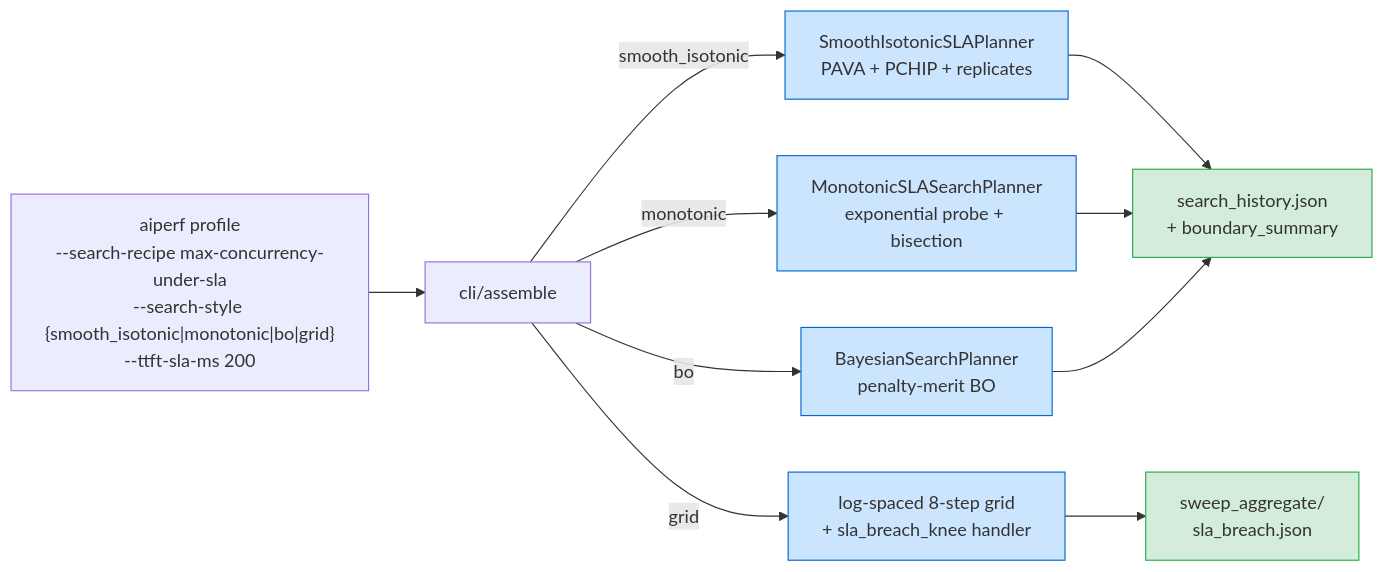
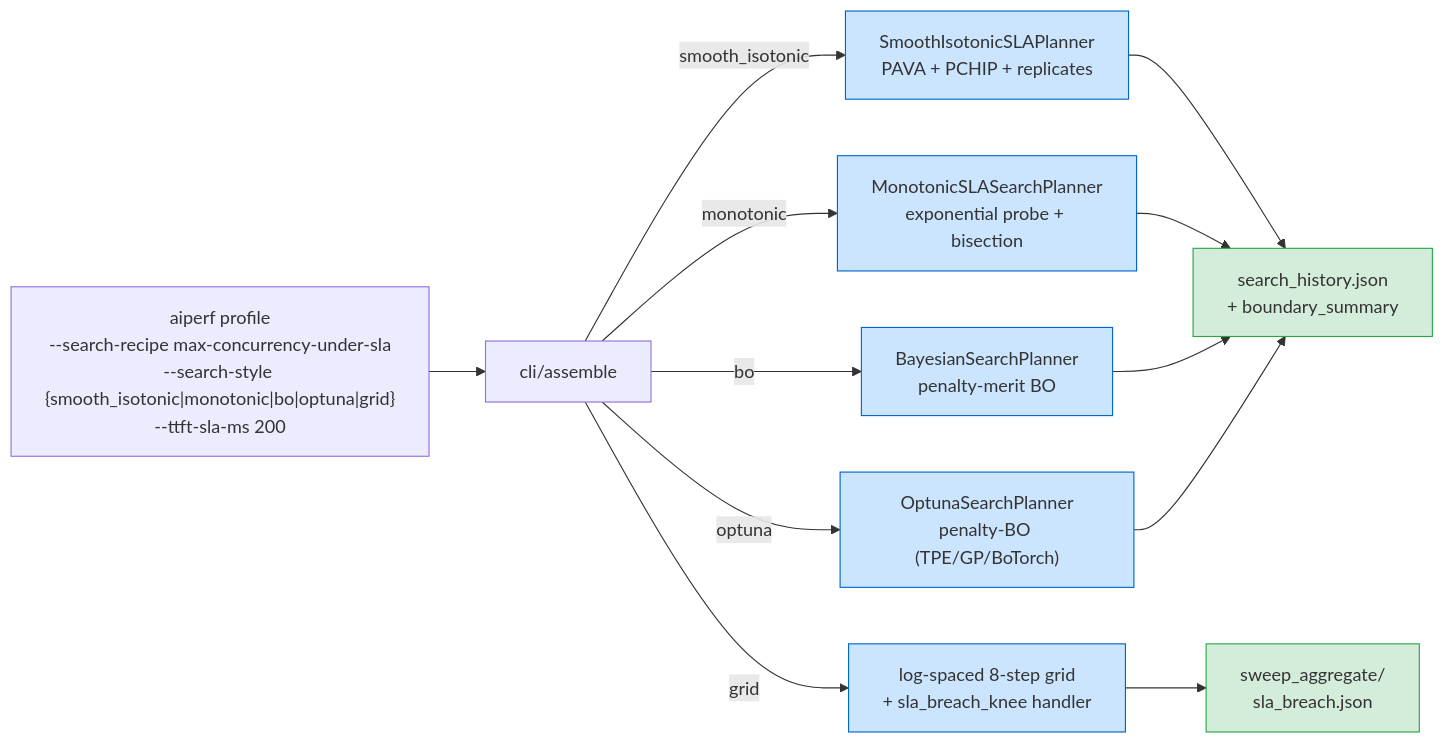
Before and after one commit to ai-dynamo/aiperf: the diagram in docs/sweeping/find-max-passing-concurrency.md, drawn with Mermaid. The commit also changed other lines of this file and 1 other file, not shown here.

First line of the commit message:
docs(sweeping): fix search-recipe output keys, style list, YAML-only knobs

````diff
--- a/docs/sweeping/find-max-passing-concurrency.md
+++ b/docs/sweeping/find-max-passing-concurrency.md
@@ -79,17 +80,19 @@
 ```mermaid
 flowchart LR
-    cli["aiperf profile<br/>--search-recipe max-concurrency-under-sla<br/>--search-style {smooth_isotonic|monotonic|bo|grid}<br/>--ttft-sla-ms 200"] --> conv["cli/assemble"]
+    cli["aiperf profile<br/>--search-recipe max-concurrency-under-sla<br/>--search-style {smooth_isotonic|monotonic|bo|optuna|grid}<br/>--ttft-sla-ms 200"] --> conv["cli/assemble"]
     conv -->|smooth_isotonic| SI["SmoothIsotonicSLAPlanner<br/>PAVA + PCHIP + replicates"]
     conv -->|monotonic| MON["MonotonicSLASearchPlanner<br/>exponential probe + bisection"]
     conv -->|bo| BO["BayesianSearchPlanner<br/>penalty-merit BO"]
+    conv -->|optuna| OPT["OptunaSearchPlanner<br/>penalty-BO (TPE/GP/BoTorch)"]
     conv -->|grid| GRID["log-spaced 8-step grid<br/>+ sla_breach_knee handler"]
     SI --> hist["search_history.json<br/>+ boundary_summary"]
     MON --> hist
     BO --> hist
+    OPT --> hist
     GRID --> SLA["sweep_aggregate/<br/>sla_breach.json"]
 
     classDef planner fill:#cce5ff,stroke:#0066cc;
     classDef artifact fill:#d4edda,stroke:#28a745;
-    class SI,MON,BO,GRID planner;
+    class SI,MON,BO,OPT,GRID planner;
     class hist,SLA artifact;
 ```
````
